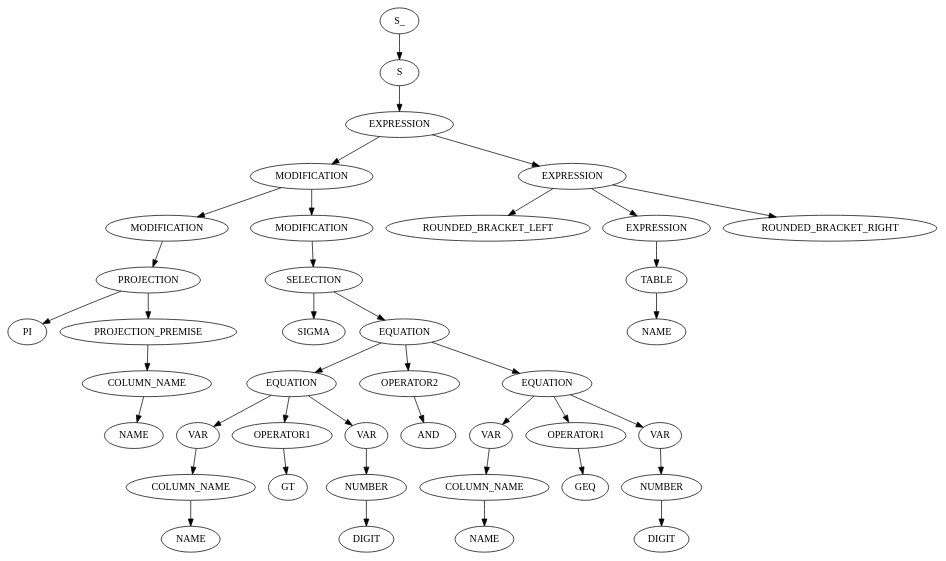
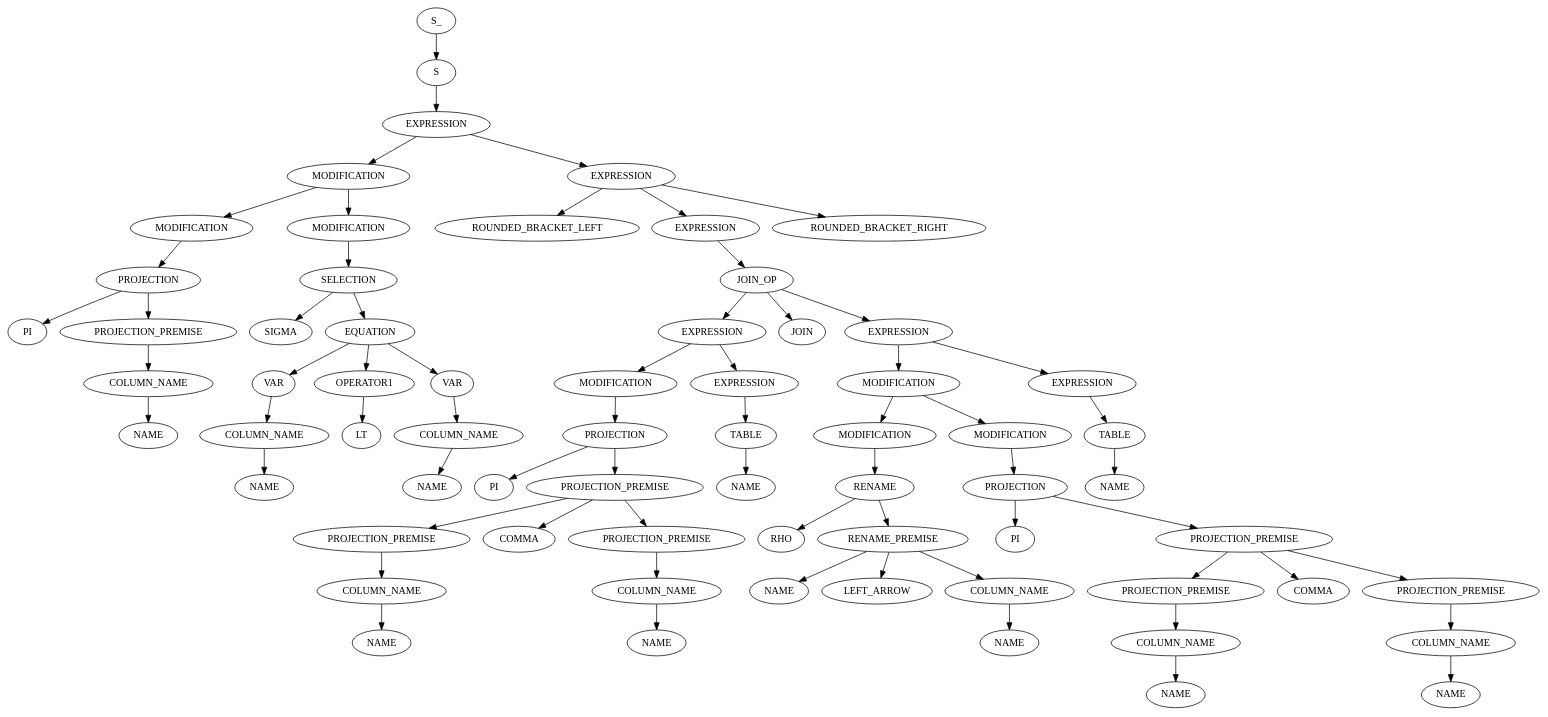
The diagram in output/out.dot (RobbeNooyens/RATSQL), drawn with Graphviz before and after one commit. The commit also changed 4 other files, not shown here.

```diff
--- a/output/out.dot
+++ b/output/out.dot
@@ -1,81 +1,135 @@
 digraph ParseTree {
   0 [label="S_"];
   0 -> 1
   1 [label="S"];
   1 -> 2
   2 [label="EXPRESSION"];
   2 -> 3
   3 [label="MODIFICATION"];
   3 -> 4
   4 [label="MODIFICATION"];
   4 -> 5
   5 [label="PROJECTION"];
   5 -> 6
   6 [label="PI"];
   5 -> 7
   7 [label="PROJECTION_PREMISE"];
   7 -> 8
   8 [label="COLUMN_NAME"];
   8 -> 9
   9 [label="NAME"];
   3 -> 10
   10 [label="MODIFICATION"];
   10 -> 11
   11 [label="SELECTION"];
   11 -> 12
   12 [label="SIGMA"];
   11 -> 13
   13 [label="EQUATION"];
   13 -> 14
-  14 [label="EQUATION"];
+  14 [label="VAR"];
   14 -> 15
-  15 [label="VAR"];
+  15 [label="COLUMN_NAME"];
   15 -> 16
-  16 [label="COLUMN_NAME"];
-  16 -> 17
-  17 [label="NAME"];
-  14 -> 18
-  18 [label="OPERATOR1"];
-  18 -> 19
-  19 [label="GT"];
-  14 -> 20
-  20 [label="VAR"];
+  16 [label="NAME"];
+  13 -> 17
+  17 [label="OPERATOR1"];
+  17 -> 18
+  18 [label="LT"];
+  13 -> 19
+  19 [label="VAR"];
+  19 -> 20
+  20 [label="COLUMN_NAME"];
   20 -> 21
-  21 [label="NUMBER"];
-  21 -> 22
-  22 [label="DIGIT"];
-  13 -> 23
-  23 [label="OPERATOR2"];
-  23 -> 24
-  24 [label=" AND "];
-  13 -> 25
-  25 [label="EQUATION"];
+  21 [label="NAME"];
+  2 -> 22
+  22 [label="EXPRESSION"];
+  22 -> 23
+  23 [label="ROUNDED_BRACKET_LEFT"];
+  22 -> 24
+  24 [label="EXPRESSION"];
+  24 -> 25
+  25 [label="JOIN_OP"];
   25 -> 26
-  26 [label="VAR"];
+  26 [label="EXPRESSION"];
   26 -> 27
-  27 [label="COLUMN_NAME"];
+  27 [label="MODIFICATION"];
   27 -> 28
-  28 [label="NAME"];
-  25 -> 29
-  29 [label="OPERATOR1"];
-  29 -> 30
-  30 [label="GEQ"];
-  25 -> 31
-  31 [label="VAR"];
+  28 [label="PROJECTION"];
+  28 -> 29
+  29 [label="PI"];
+  28 -> 30
+  30 [label="PROJECTION_PREMISE"];
+  30 -> 31
+  31 [label="PROJECTION_PREMISE"];
   31 -> 32
-  32 [label="NUMBER"];
+  32 [label="COLUMN_NAME"];
   32 -> 33
-  33 [label="DIGIT"];
-  2 -> 34
-  34 [label="EXPRESSION"];
-  34 -> 35
-  35 [label="ROUNDED_BRACKET_LEFT"];
-  34 -> 36
-  36 [label="EXPRESSION"];
+  33 [label="NAME"];
+  30 -> 34
+  34 [label="COMMA"];
+  30 -> 35
+  35 [label="PROJECTION_PREMISE"];
+  35 -> 36
+  36 [label="COLUMN_NAME"];
   36 -> 37
-  37 [label="TABLE"];
-  37 -> 38
-  38 [label="NAME"];
-  34 -> 39
-  39 [label="ROUNDED_BRACKET_RIGHT"];
+  37 [label="NAME"];
+  26 -> 38
+  38 [label="EXPRESSION"];
+  38 -> 39
+  39 [label="TABLE"];
+  39 -> 40
+  40 [label="NAME"];
+  25 -> 41
+  41 [label="JOIN"];
+  25 -> 42
+  42 [label="EXPRESSION"];
+  42 -> 43
+  43 [label="MODIFICATION"];
+  43 -> 44
+  44 [label="MODIFICATION"];
+  44 -> 45
+  45 [label="RENAME"];
+  45 -> 46
+  46 [label="RHO"];
+  45 -> 47
+  47 [label="RENAME_PREMISE"];
+  47 -> 48
+  48 [label="NAME"];
+  47 -> 49
+  49 [label="LEFT_ARROW"];
+  47 -> 50
+  50 [label="COLUMN_NAME"];
+  50 -> 51
+  51 [label="NAME"];
+  43 -> 52
+  52 [label="MODIFICATION"];
+  52 -> 53
+  53 [label="PROJECTION"];
+  53 -> 54
+  54 [label="PI"];
+  53 -> 55
+  55 [label="PROJECTION_PREMISE"];
+  55 -> 56
+  56 [label="PROJECTION_PREMISE"];
+  56 -> 57
+  57 [label="COLUMN_NAME"];
+  57 -> 58
+  58 [label="NAME"];
+  55 -> 59
+  59 [label="COMMA"];
+  55 -> 60
+  60 [label="PROJECTION_PREMISE"];
+  60 -> 61
+  61 [label="COLUMN_NAME"];
+  61 -> 62
+  62 [label="NAME"];
+  42 -> 63
+  63 [label="EXPRESSION"];
+  63 -> 64
+  64 [label="TABLE"];
+  64 -> 65
+  65 [label="NAME"];
+  22 -> 66
+  66 [label="ROUNDED_BRACKET_RIGHT"];
 }
```
